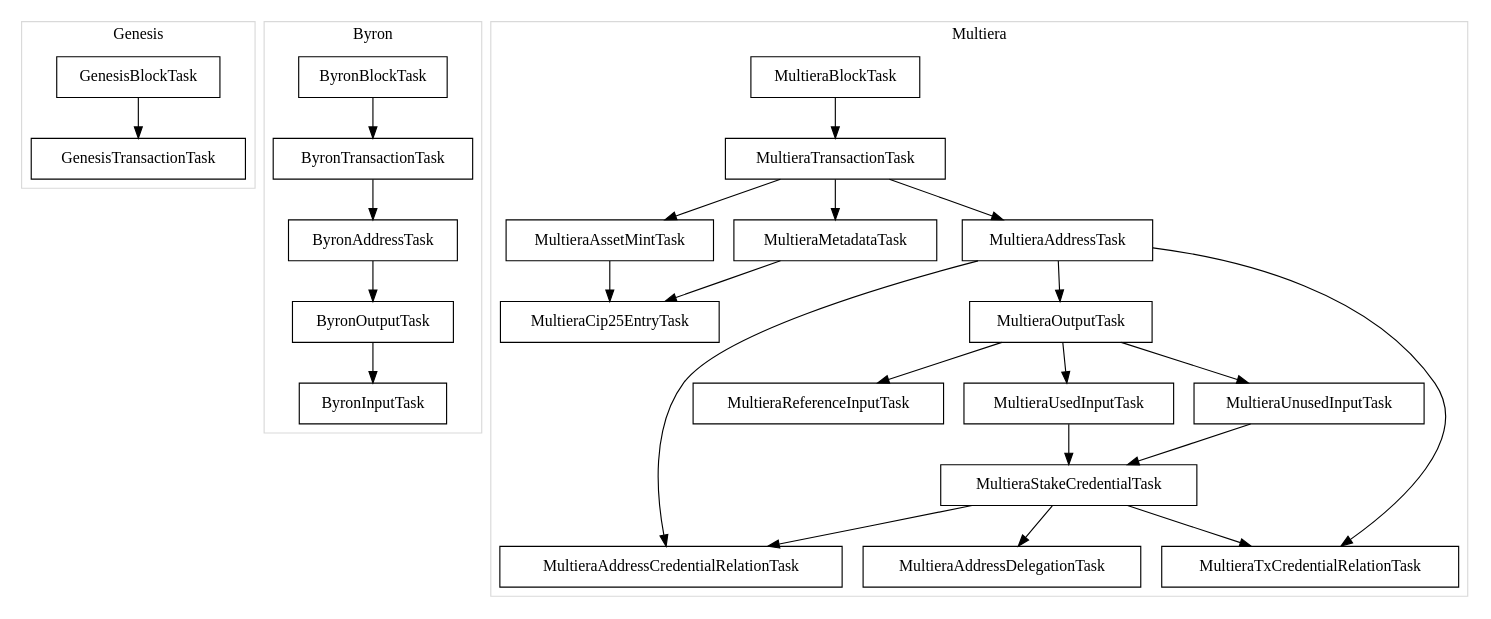
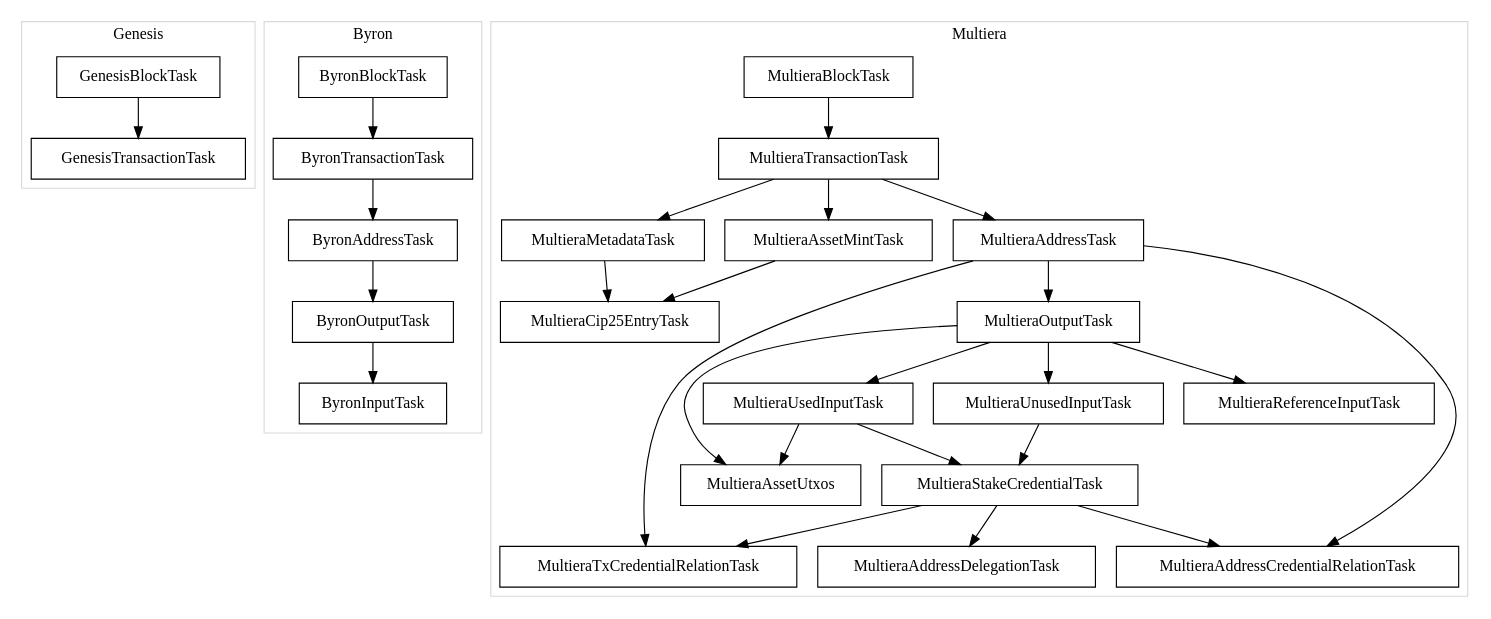
Before and after one commit to dcSpark/carp: the diagram in docs/bin/default.dot, drawn with Graphviz. The commit also changed 2 other files, not shown here.

```diff
--- a/docs/bin/default.dot
+++ b/docs/bin/default.dot
@@ -1,87 +1,91 @@
 digraph default {
 subgraph cluster_Genesis {
 label="Genesis";
 color="grey85";
 
 N0;
 N1;
 
 }
 
 subgraph cluster_Byron {
 label="Byron";
 color="grey85";
 
 N2;
 N3;
 N4;
 N5;
 N6;
 
 }
 
 subgraph cluster_Multiera {
 label="Multiera";
 color="grey85";
 
 N7;
 N8;
 N9;
 N10;
 N11;
 N12;
 N13;
 N14;
 N15;
 N16;
 N17;
 N18;
 N19;
 N20;
+N21;
 
 }
 
     N0[label="GenesisBlockTask"][shape="box"];
     N1[label="GenesisTransactionTask"][shape="box"];
     N2[label="ByronBlockTask"][shape="box"];
     N3[label="ByronTransactionTask"][shape="box"];
     N4[label="ByronAddressTask"][shape="box"];
     N5[label="ByronOutputTask"][shape="box"];
     N6[label="ByronInputTask"][shape="box"];
     N7[label="MultieraBlockTask"][shape="box"];
     N8[label="MultieraTransactionTask"][shape="box"];
     N9[label="MultieraMetadataTask"][shape="box"];
     N10[label="MultieraAddressTask"][shape="box"];
     N11[label="MultieraOutputTask"][shape="box"];
     N12[label="MultieraReferenceInputTask"][shape="box"];
     N13[label="MultieraUsedInputTask"][shape="box"];
     N14[label="MultieraUnusedInputTask"][shape="box"];
     N15[label="MultieraStakeCredentialTask"][shape="box"];
     N16[label="MultieraAddressCredentialRelationTask"][shape="box"];
     N17[label="MultieraTxCredentialRelationTask"][shape="box"];
     N18[label="MultieraAssetMintTask"][shape="box"];
     N19[label="MultieraCip25EntryTask"][shape="box"];
     N20[label="MultieraAddressDelegationTask"][shape="box"];
+    N21[label="MultieraAssetUtxos"][shape="box"];
     N0 -> N1[label=""];
     N2 -> N3[label=""];
     N3 -> N4[label=""];
     N4 -> N5[label=""];
     N5 -> N6[label=""];
     N7 -> N8[label=""];
     N8 -> N9[label=""];
     N8 -> N10[label=""];
     N10 -> N11[label=""];
     N11 -> N12[label=""];
     N11 -> N13[label=""];
     N11 -> N14[label=""];
     N13 -> N15[label=""];
     N14 -> N15[label=""];
     N10 -> N16[label=""];
     N15 -> N16[label=""];
     N10 -> N17[label=""];
     N15 -> N17[label=""];
     N8 -> N18[label=""];
     N9 -> N19[label=""];
     N18 -> N19[label=""];
     N15 -> N20[label=""];
+    N13 -> N21[label=""];
+    N11 -> N21[label=""];
 }
```
